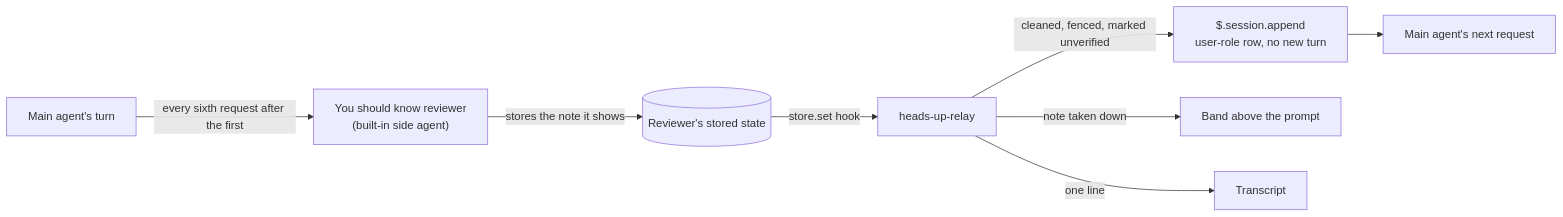
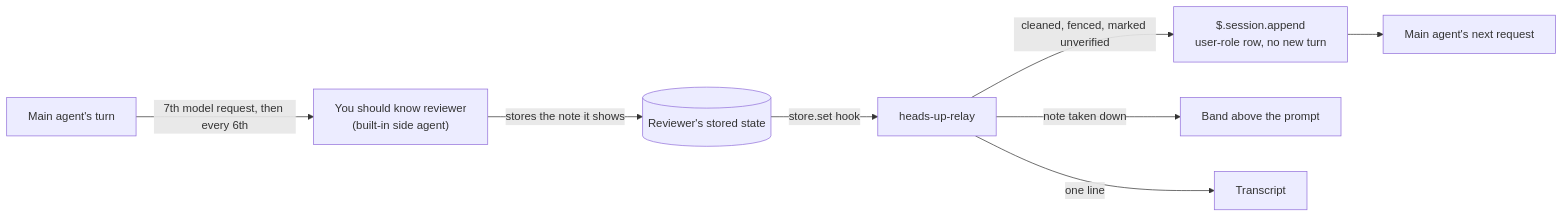
Before and after one commit to developingchet/heads-up-relay: the diagram in README.md, drawn with Mermaid. The commit also changed other lines of this file and 19 other files, not shown here.

````diff
--- a/README.md
+++ b/README.md
@@ -22,10 +22,10 @@
 ```mermaid
 flowchart LR
-  turn["Main agent's turn"] -->|"every sixth request after the first"| reviewer["You should know reviewer<br/>(built-in side agent)"]
+  turn["Main agent's turn"] -->|"7th model request, then every 6th"| reviewer["You should know reviewer<br/>(built-in side agent)"]
   reviewer -->|stores the note it shows| store[("Reviewer's stored state")]
   store -->|store.set hook| relay["heads-up-relay"]
   relay -->|"cleaned, fenced, marked unverified"| append["$.session.append<br/>user-role row, no new turn"]
   append --> next["Main agent's next request"]
   relay -->|note taken down| band["Band above the prompt"]
   relay -->|one line| transcript["Transcript"]
 ```
````
